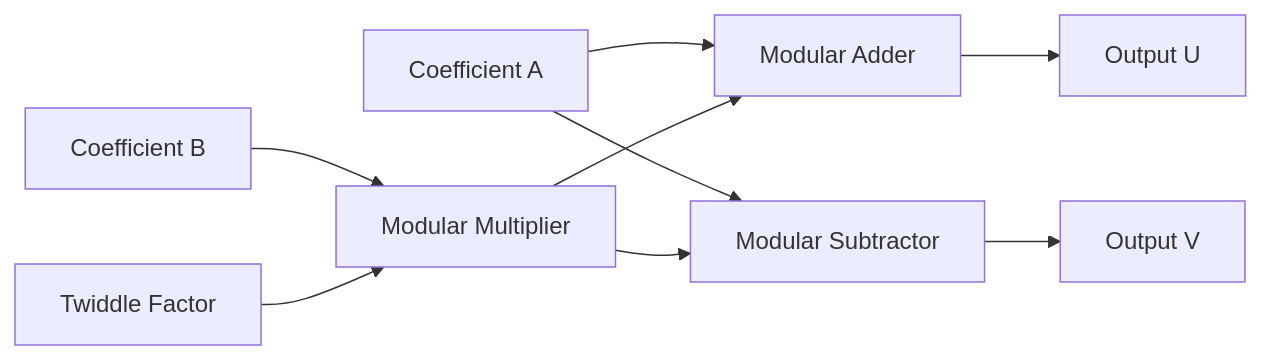
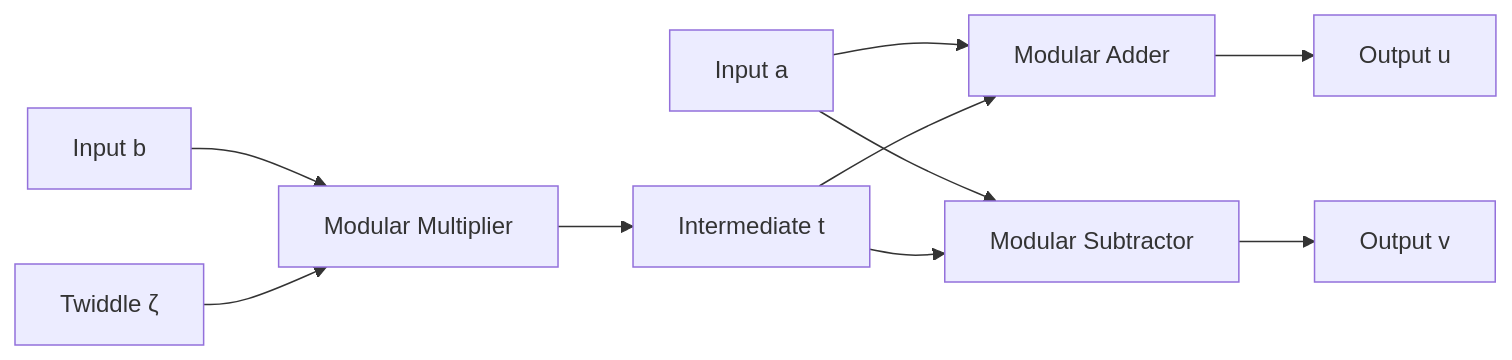
One commit to Harshima-Joshi15/riscv-ntt-accelerator changed the second of 4 diagrams in README.md. Above: the diagram before and after it, drawn with Mermaid. The commit also changed other lines of this file, not shown here.

````diff
--- a/README.md
+++ b/README.md
@@ -92,11 +94,12 @@
 ```mermaid
 flowchart LR
-    A["Coefficient A"] --> ADD["Modular Adder"]
-    A --> SUB["Modular Subtractor"]
-    B["Coefficient B"] --> MUL["Modular Multiplier"]
-    Z["Twiddle Factor"] --> MUL
-    MUL --> ADD
-    MUL --> SUB
-    ADD --> U["Output U"]
-    SUB --> V["Output V"]
+    A["Input a"] --> C["Modular Adder"]
+    B["Input b"] --> D["Modular Multiplier"]
+    Z["Twiddle ζ"] --> D
+    D --> E["Intermediate t"]
+    E --> C
+    A --> F["Modular Subtractor"]
+    E --> F
+    C --> U["Output u"]
+    F --> V["Output v"]
 ```
````
